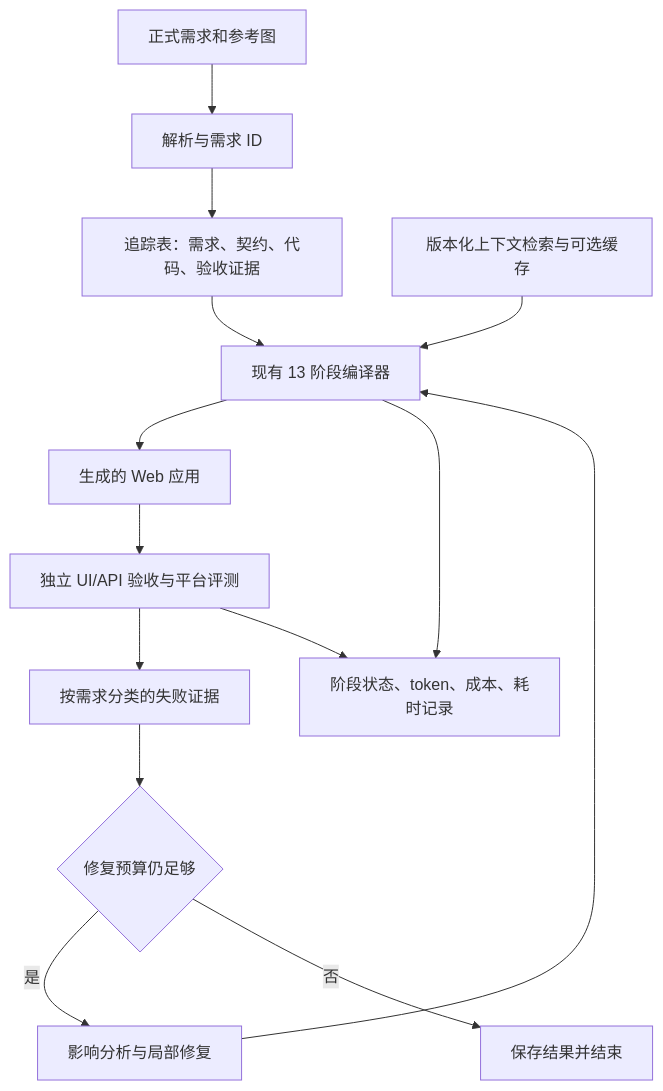
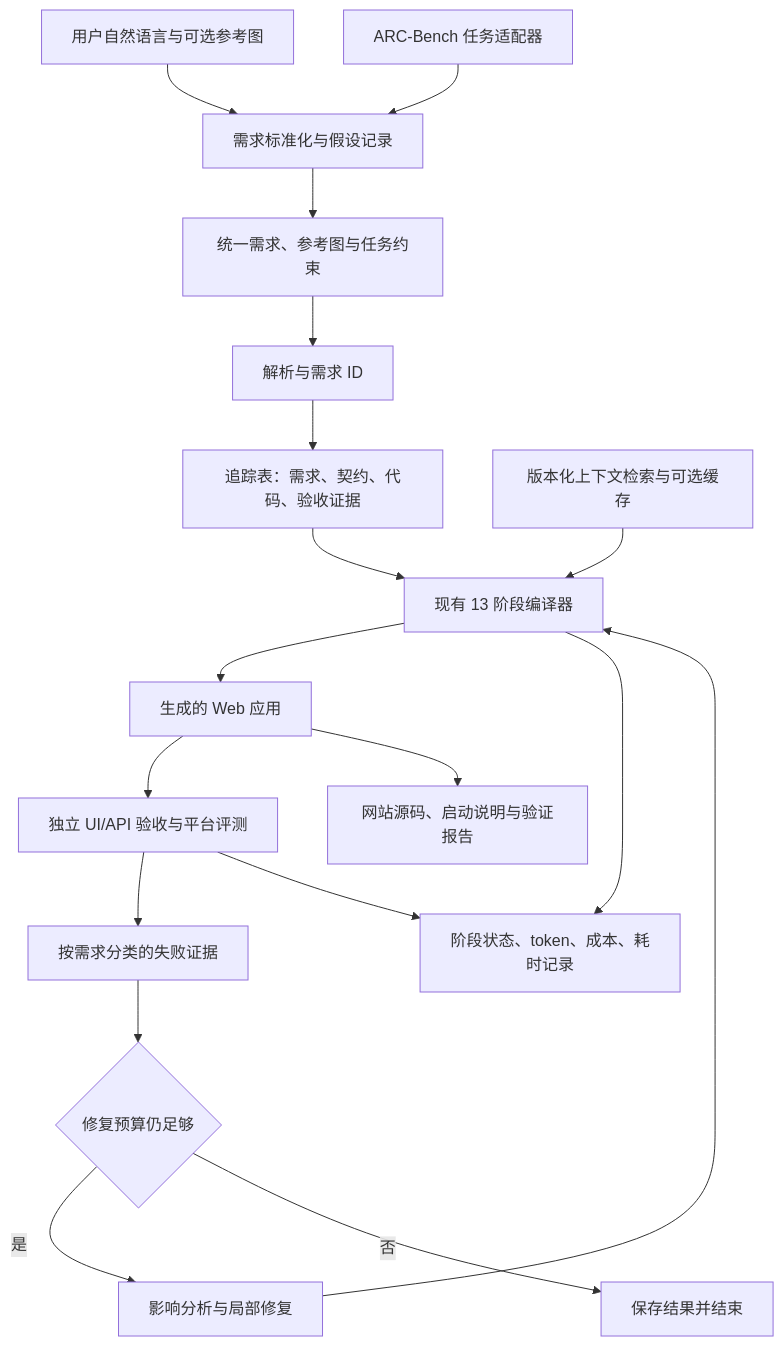
The diagram in docs/02-系统架构.md (YAH0723/webapp-builder-agent), drawn with Mermaid before and after one commit. The commit also changed other lines of this file and 8 other files, not shown here.

````diff
--- a/docs/02-系统架构.md
+++ b/docs/02-系统架构.md
@@ -20,16 +24,20 @@
 ```mermaid
 flowchart TD
-  A[正式需求和参考图] --> B[解析与需求 ID]
+  U[用户自然语言与可选参考图] --> N[需求标准化与假设记录]
+  P[ARC-Bench 任务适配器] --> N
+  N --> A[统一需求、参考图与任务约束]
+  A --> B[解析与需求 ID]
   B --> C[追踪表：需求、契约、代码、验收证据]
   C --> D[现有 13 阶段编译器]
   K[版本化上下文检索与可选缓存] --> D
   D --> E[生成的 Web 应用]
   E --> F[独立 UI/API 验收与平台评测]
+  E --> O[网站源码、启动说明与验证报告]
   F --> G[按需求分类的失败证据]
   G --> H{修复预算仍足够}
   H -->|是| I[影响分析与局部修复]
   I --> D
   H -->|否| J[保存结果并结束]
   D --> L[阶段状态、token、成本、耗时记录]
   F --> L
 ```
````
